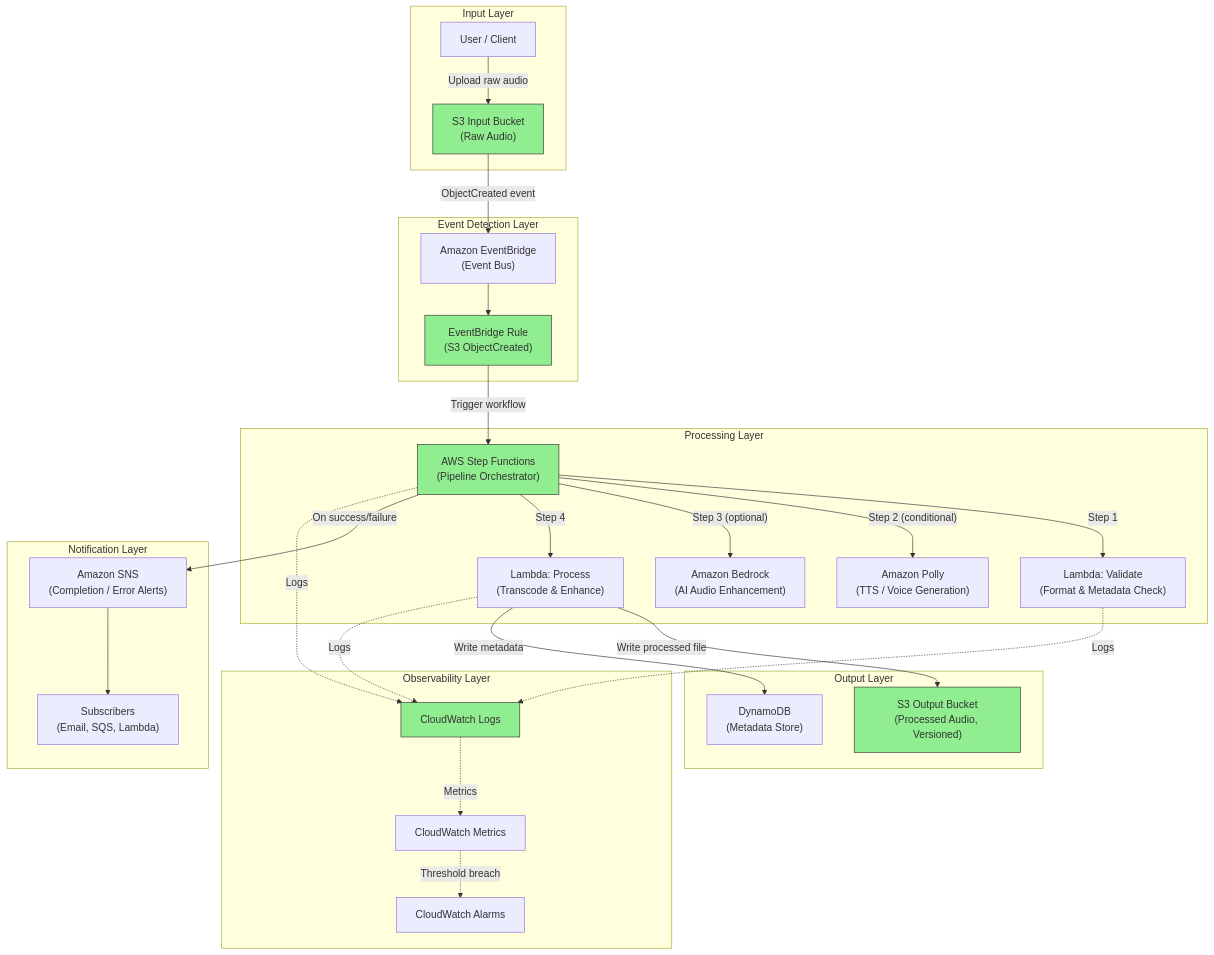
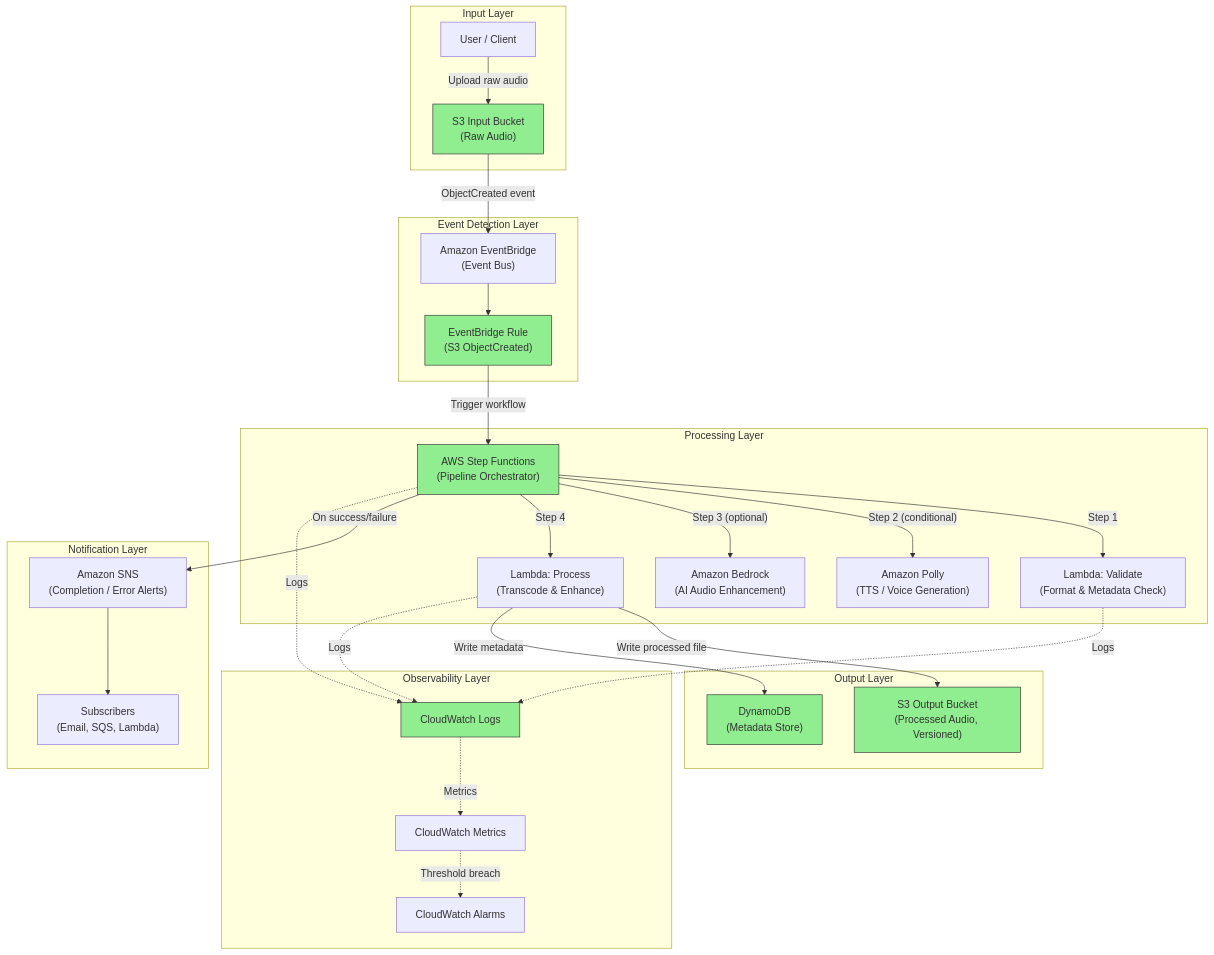
The diagram in ARCHITECTURE.md (obstreperous-ai/cdk-sleep-py-kiro), drawn with Mermaid before and after one commit. The commit also changed other lines of this file and 3 other files, not shown here.

````diff
--- a/ARCHITECTURE.md
+++ b/ARCHITECTURE.md
@@ -42,63 +42,64 @@
 ```mermaid
 flowchart TD
     subgraph Input["Input Layer"]
         User["User / Client"]
         InputBucket["S3 Input Bucket<br/>(Raw Audio)"]
     end
 
     subgraph Events["Event Detection Layer"]
         EB["Amazon EventBridge<br/>(Event Bus)"]
         Rule["EventBridge Rule<br/>(S3 ObjectCreated)"]
     end
 
     subgraph Processing["Processing Layer"]
         SF["AWS Step Functions<br/>(Pipeline Orchestrator)"]
         Validate["Lambda: Validate<br/>(Format & Metadata Check)"]
         Polly["Amazon Polly<br/>(TTS / Voice Generation)"]
         Bedrock["Amazon Bedrock<br/>(AI Audio Enhancement)"]
         Process["Lambda: Process<br/>(Transcode & Enhance)"]
     end
 
     subgraph Output["Output Layer"]
         OutputBucket["S3 Output Bucket<br/>(Processed Audio, Versioned)"]
         DDB["DynamoDB<br/>(Metadata Store)"]
     end
 
     subgraph Notifications["Notification Layer"]
         SNS["Amazon SNS<br/>(Completion / Error Alerts)"]
         Subscribers["Subscribers<br/>(Email, SQS, Lambda)"]
     end
 
     subgraph Observability["Observability Layer"]
         CWLogs["CloudWatch Logs"]
         CWMetrics["CloudWatch Metrics"]
         CWAlarms["CloudWatch Alarms"]
     end
 
     User -->|"Upload raw audio"| InputBucket
     InputBucket -->|"ObjectCreated event"| EB
     EB --> Rule
     Rule -->|"Trigger workflow"| SF
 
     SF -->|"Step 1"| Validate
     SF -->|"Step 2 (conditional)"| Polly
     SF -->|"Step 3 (optional)"| Bedrock
     SF -->|"Step 4"| Process
 
     Process -->|"Write processed file"| OutputBucket
     Process -->|"Write metadata"| DDB
     SF -->|"On success/failure"| SNS
     SNS --> Subscribers
 
     SF -.->|"Logs"| CWLogs
     Validate -.->|"Logs"| CWLogs
     Process -.->|"Logs"| CWLogs
     CWLogs -.->|"Metrics"| CWMetrics
     CWMetrics -.->|"Threshold breach"| CWAlarms
 
     style InputBucket fill:#90EE90,stroke:#333
     style OutputBucket fill:#90EE90,stroke:#333
     style Rule fill:#90EE90,stroke:#333
     style SF fill:#90EE90,stroke:#333
     style CWLogs fill:#90EE90,stroke:#333
+    style DDB fill:#90EE90,stroke:#333
 ```
````
